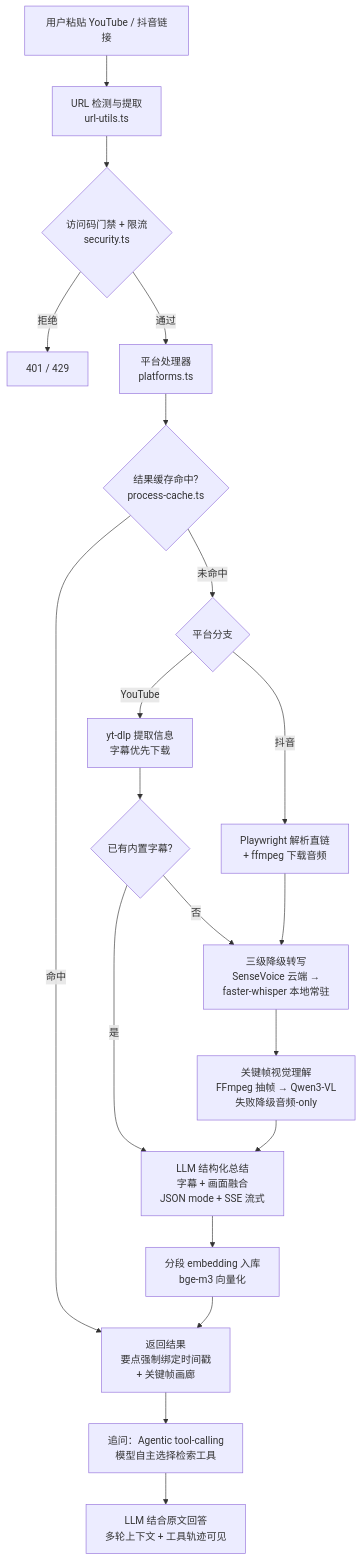
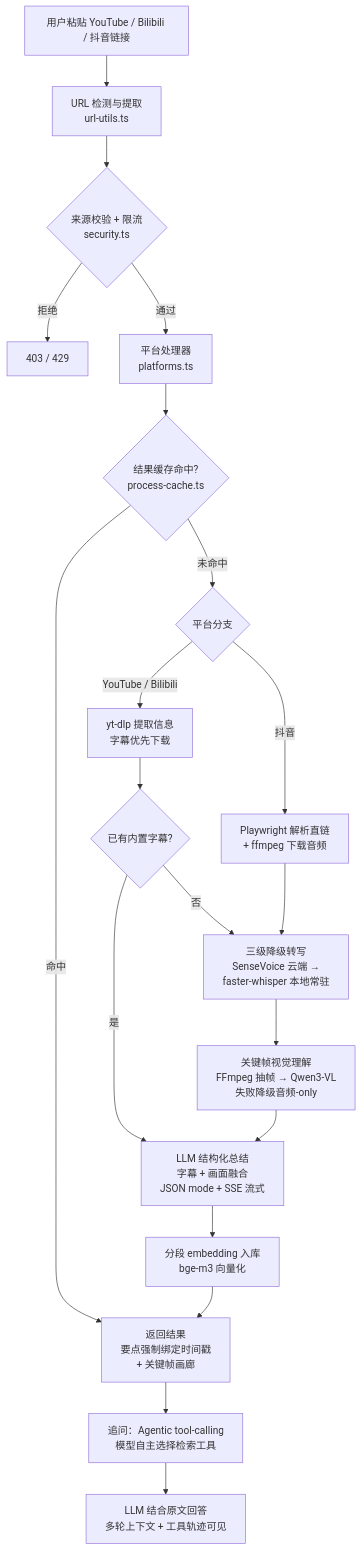
The diagram in README.md (Amorsum/vidSnap), drawn with Mermaid before and after one commit. The commit also changed other lines of this file and 46 other files, not shown here.

````diff
--- a/README.md
+++ b/README.md
@@ -50,22 +50,22 @@
 ```mermaid
 flowchart TD
-    A[用户粘贴 YouTube / 抖音链接] --> B[URL 检测与提取<br/>url-utils.ts]
-    B --> C{访问码门禁 + 限流<br/>security.ts}
-    C -->|拒绝| C1[401 / 429]
+    A[用户粘贴 YouTube / Bilibili / 抖音链接] --> B[URL 检测与提取<br/>url-utils.ts]
+    B --> C{来源校验 + 限流<br/>security.ts}
+    C -->|拒绝| C1[403 / 429]
     C -->|通过| D[平台处理器<br/>platforms.ts]
     D --> E{结果缓存命中?<br/>process-cache.ts}
     E -->|命中| P[直接返回<br/>实测 11s → 3s]
     E -->|未命中| F{平台分支}
-    F -->|YouTube| G[yt-dlp 提取信息<br/>字幕优先下载]
+    F -->|YouTube / Bilibili| G[yt-dlp 提取信息<br/>字幕优先下载]
     F -->|抖音| H[Playwright 解析直链<br/>+ ffmpeg 下载音频]
     G --> I{已有内置字幕?}
     I -->|是| K
     I -->|否| J[三级降级转写<br/>SenseVoice 云端 →<br/>faster-whisper 本地常驻]
     H --> J
     J --> V[关键帧视觉理解<br/>FFmpeg 抽帧 → Qwen3-VL<br/>失败降级音频-only]
     V --> K[LLM 结构化总结<br/>字幕 + 画面融合<br/>JSON mode + SSE 流式]
     K --> L[分段 embedding 入库<br/>bge-m3 向量化]
     L --> P[返回结果<br/>要点强制绑定时间戳<br/>+ 关键帧画廊]
     P --> Q[追问：Agentic tool-calling<br/>模型自主选择检索工具]
     Q --> R[LLM 结合原文回答<br/>多轮上下文 + 工具轨迹可见]
 ```
````
